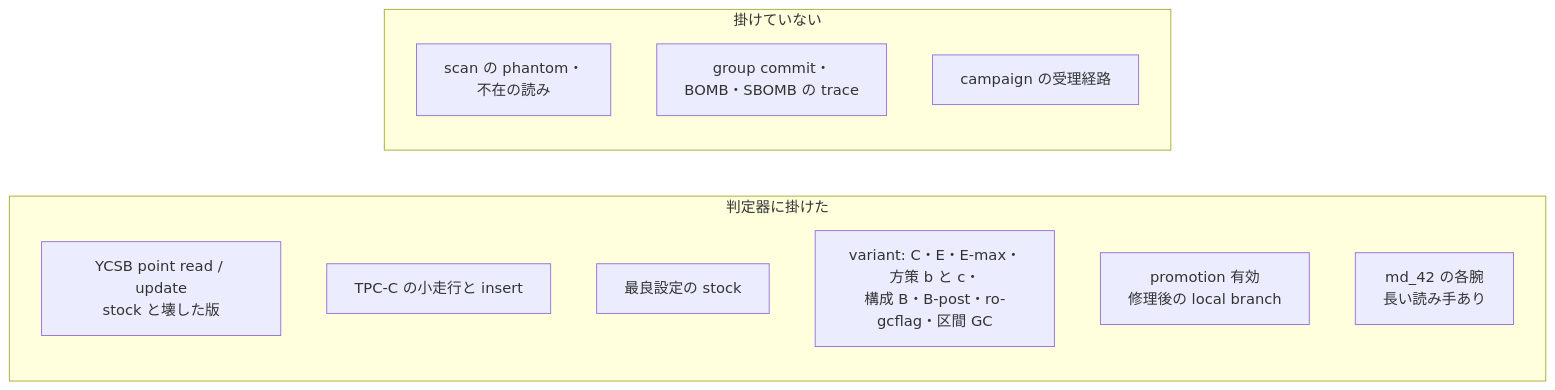
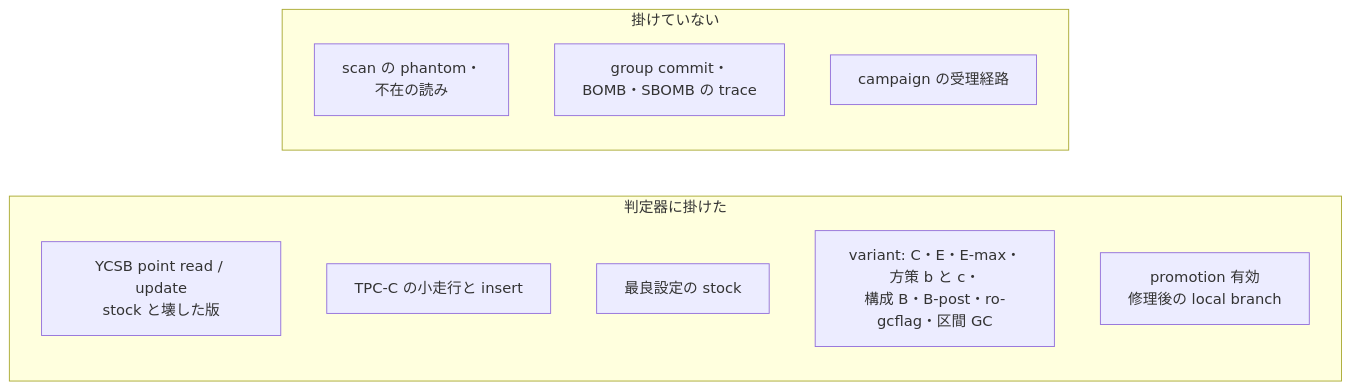
Diagram 15 of 41 in docs/paper-story-vhash/2026-10-01.md (thawk105/izanagi), drawn with Mermaid before and after one commit. The commit also changed other lines of this file and 4 other files, not shown here.

````diff
--- a/docs/paper-story-vhash/2026-10-01.md
+++ b/docs/paper-story-vhash/2026-10-01.md
@@ -651,16 +645,15 @@
 ```mermaid
 flowchart LR
   subgraph done["判定器に掛けた"]
     y["YCSB point read / update<br/>stock と壊した版"]
     t["TPC-C の小走行と insert"]
     bc["最良設定の stock"]
     vars["variant: C・E・E-max・方策 b と c・<br/>構成 B・B-post・ro-gcflag・区間 GC"]
     pr["promotion 有効<br/>修理後の local branch"]
-    ceil["md_42 の各腕<br/>長い読み手あり"]
   end
   subgraph not["掛けていない"]
     sc["scan の phantom・<br/>不在の読み"]
     gcm["group commit・<br/>BOMB・SBOMB の trace"]
     camp["campaign の受理経路"]
   end
 ```
````
